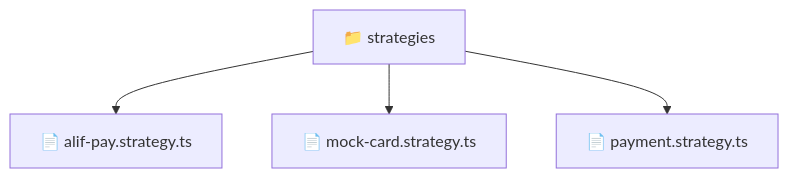
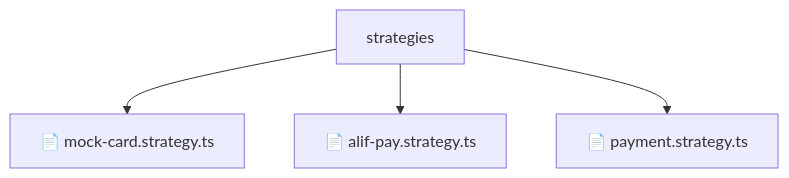
Before and after one commit to beginwebdev2002/fullstack-mavluda: the diagram in backend/src/modules/payment/strategies/README.md, drawn with Mermaid. The commit also changed other lines of this file and 155 other files, not shown here.

````diff
--- a/backend/src/modules/payment/strategies/README.md
+++ b/backend/src/modules/payment/strategies/README.md
@@ -10,7 +14,7 @@
 ```mermaid
 graph TD
-  Root["📁 strategies"]
-  Root --> alifpaystrategyts["📄 alif-pay.strategy.ts"]
-  Root --> mockcardstrategyts["📄 mock-card.strategy.ts"]
-  Root --> paymentstrategyts["📄 payment.strategy.ts"]
+    Root[strategies]
+    Root --> F0[📄 mock-card.strategy.ts]
+    Root --> F1[📄 alif-pay.strategy.ts]
+    Root --> F2[📄 payment.strategy.ts]
 ```
````
